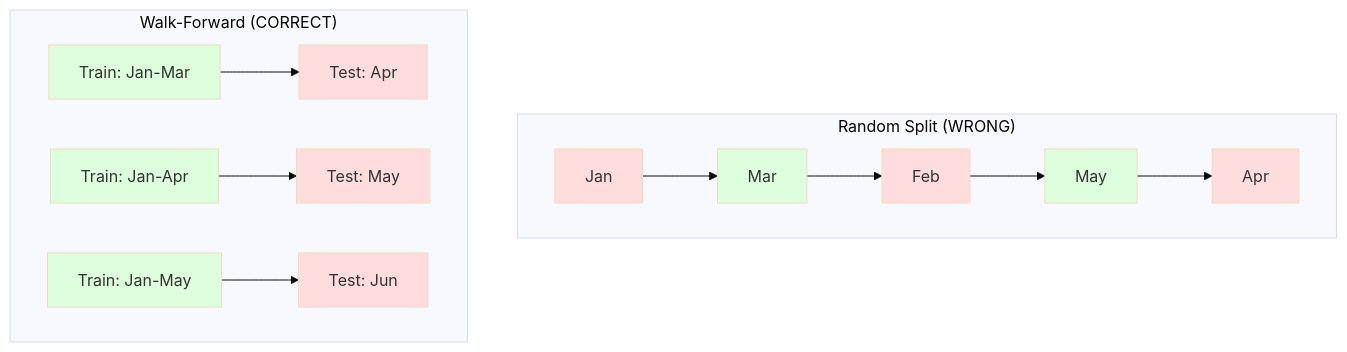
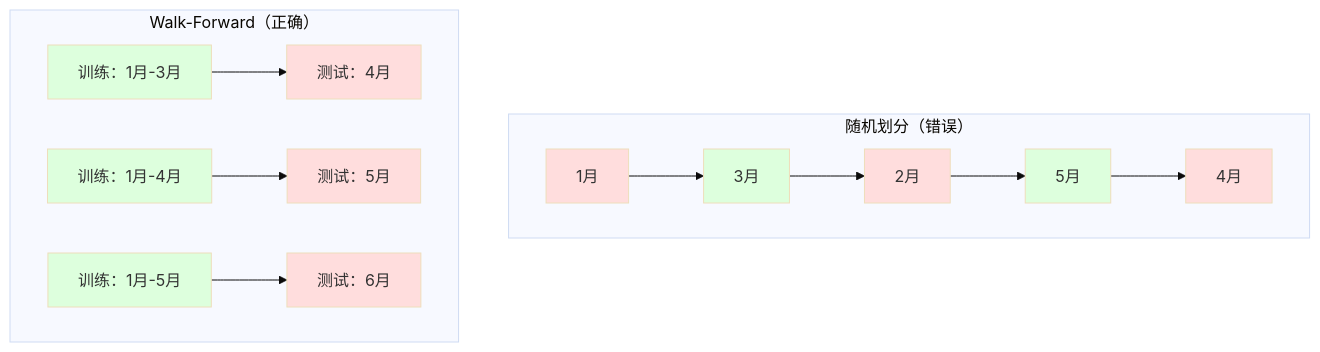
Before and after one commit to alessandrodinisio-ai/ai-engineering-learning-framework: the third of 3 diagrams in phases/02-ml-fundamentals/15-time-series/docs/en.md, drawn with Mermaid (base theme). The commit also changed other lines of this file and 443 other files, not shown here.

First line of the commit message:
feat(zh): 完成 435 节课程文档 + README/ROADMAP/术语表 + 网站 UI 全量中文化

````diff
--- a/phases/02-ml-fundamentals/15-time-series/docs/en.md
+++ b/phases/02-ml-fundamentals/15-time-series/docs/en.md
@@ -151,28 +151,28 @@
 ```mermaid
 flowchart TD
-    subgraph WRONG["Random Split (WRONG)"]
+    subgraph WRONG["随机划分（错误）"]
         direction LR
-        W1[Jan] --> W2[Mar]
-        W2 --> W3[Feb]
-        W3 --> W4[May]
-        W4 --> W5[Apr]
+        W1[1月] --> W2[3月]
+        W2 --> W3[2月]
+        W3 --> W4[5月]
+        W4 --> W5[4月]
         style W1 fill:#fdd
         style W3 fill:#fdd
         style W5 fill:#fdd
         style W2 fill:#dfd
         style W4 fill:#dfd
     end
 
-    subgraph RIGHT["Walk-Forward (CORRECT)"]
+    subgraph RIGHT["Walk-Forward（正确）"]
         direction LR
-        R1["Train: Jan-Mar"] --> R2["Test: Apr"]
-        R3["Train: Jan-Apr"] --> R4["Test: May"]
-        R5["Train: Jan-May"] --> R6["Test: Jun"]
+        R1["训练：1月-3月"] --> R2["测试：4月"]
+        R3["训练：1月-4月"] --> R4["测试：5月"]
+        R5["训练：1月-5月"] --> R6["测试：6月"]
         style R1 fill:#dfd
         style R2 fill:#fdd
         style R3 fill:#dfd
         style R4 fill:#fdd
         style R5 fill:#dfd
         style R6 fill:#fdd
     end
 ```
````
